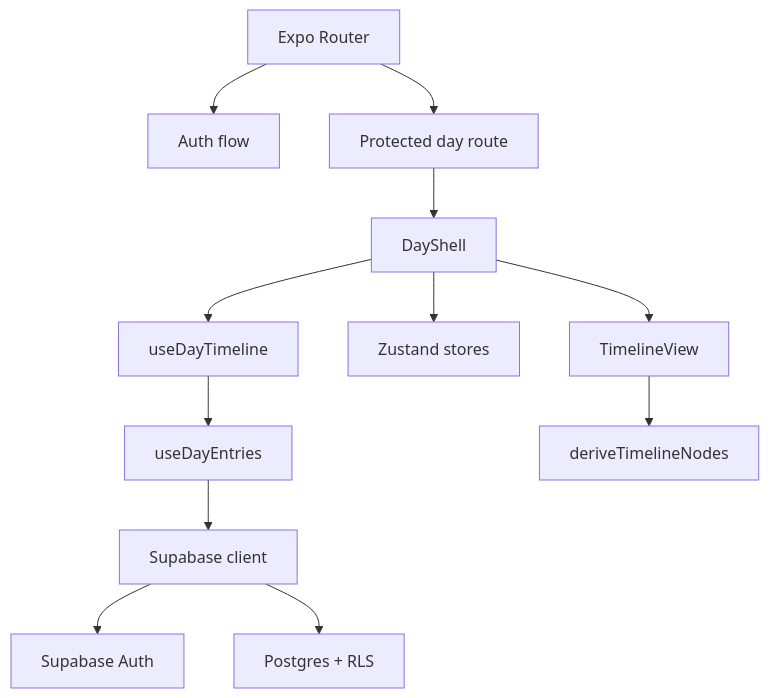
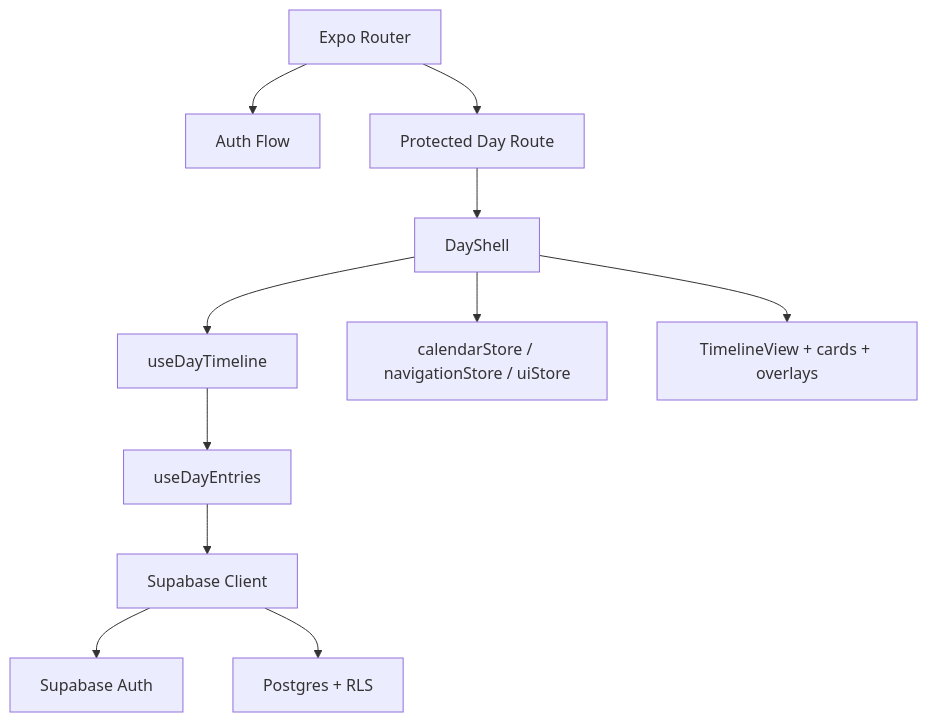
The diagram in ARCHITECTURE.md (smoverkill-arch/Echotes), drawn with Mermaid before and after one commit. The commit also changed other lines of this file and 12 other files, not shown here.

````diff
--- a/ARCHITECTURE.md
+++ b/ARCHITECTURE.md
@@ -76,14 +299,13 @@
 ```mermaid
 flowchart TD
-  A["Expo Router"] --> B["Auth flow"]
-  A --> C["Protected day route"]
+  A["Expo Router"] --> B["Auth Flow"]
+  A --> C["Protected Day Route"]
   C --> D["DayShell"]
   D --> E["useDayTimeline"]
   E --> F["useDayEntries"]
-  F --> G["Supabase client"]
-  D --> H["Zustand stores"]
-  D --> I["TimelineView"]
-  I --> J["deriveTimelineNodes"]
-  G --> K["Supabase Auth"]
-  G --> L["Postgres + RLS"]
+  F --> G["Supabase Client"]
+  D --> H["calendarStore / navigationStore / uiStore"]
+  D --> I["TimelineView + cards + overlays"]
+  G --> J["Supabase Auth"]
+  G --> K["Postgres + RLS"]
 ```
````
